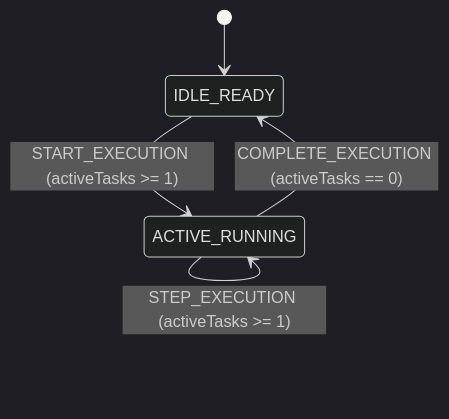
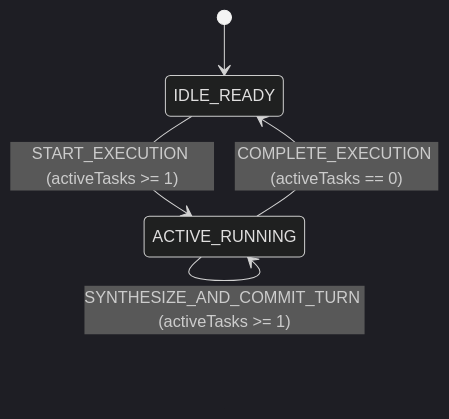
The diagram in docs/SPECIFICATION.md (jinseobhong/eterna-luminas), drawn with Mermaid (dark theme) before and after one commit. The commit also changed other lines of this file and 6 other files, not shown here.

Commit message:
feat(architecture): establish 2-cluster LTM separation, synthesizer.db, JSONL bridge & abstract engineering laws

````diff
--- a/docs/SPECIFICATION.md
+++ b/docs/SPECIFICATION.md
@@ -119,7 +201,7 @@
 ```mermaid
 stateDiagram-v2
     [*] --> IDLE_READY
     IDLE_READY --> ACTIVE_RUNNING : START_EXECUTION (activeTasks >= 1)
-    ACTIVE_RUNNING --> ACTIVE_RUNNING : STEP_EXECUTION (activeTasks >= 1)
+    ACTIVE_RUNNING --> ACTIVE_RUNNING : SYNTHESIZE_AND_COMMIT_TURN (activeTasks >= 1)
     ACTIVE_RUNNING --> IDLE_READY : COMPLETE_EXECUTION (activeTasks == 0)
 ```
````
